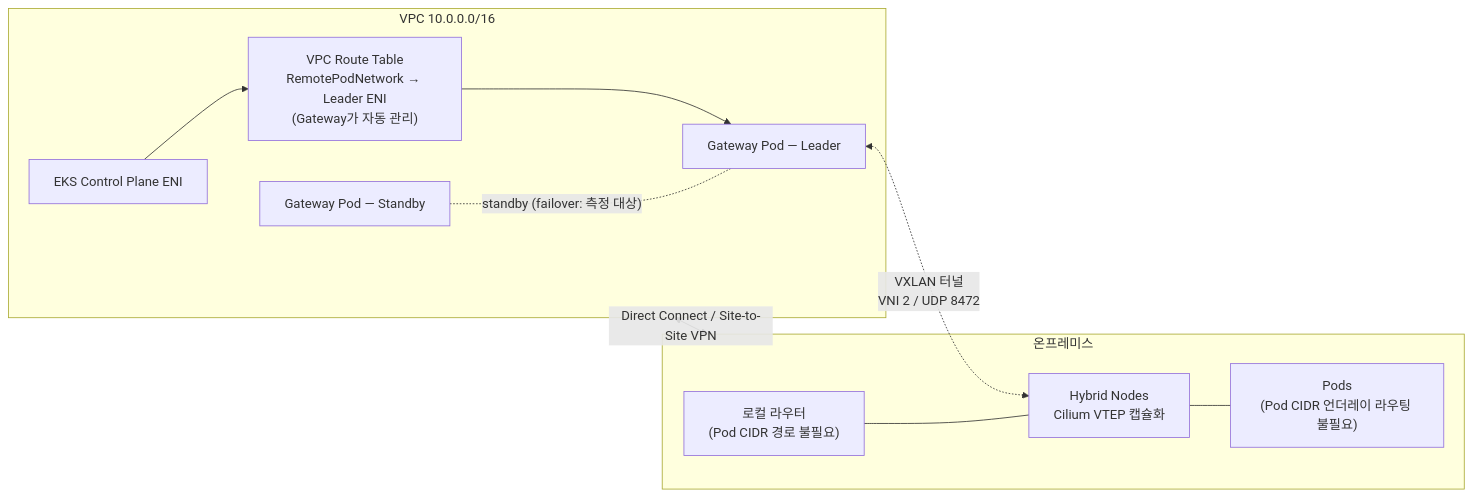
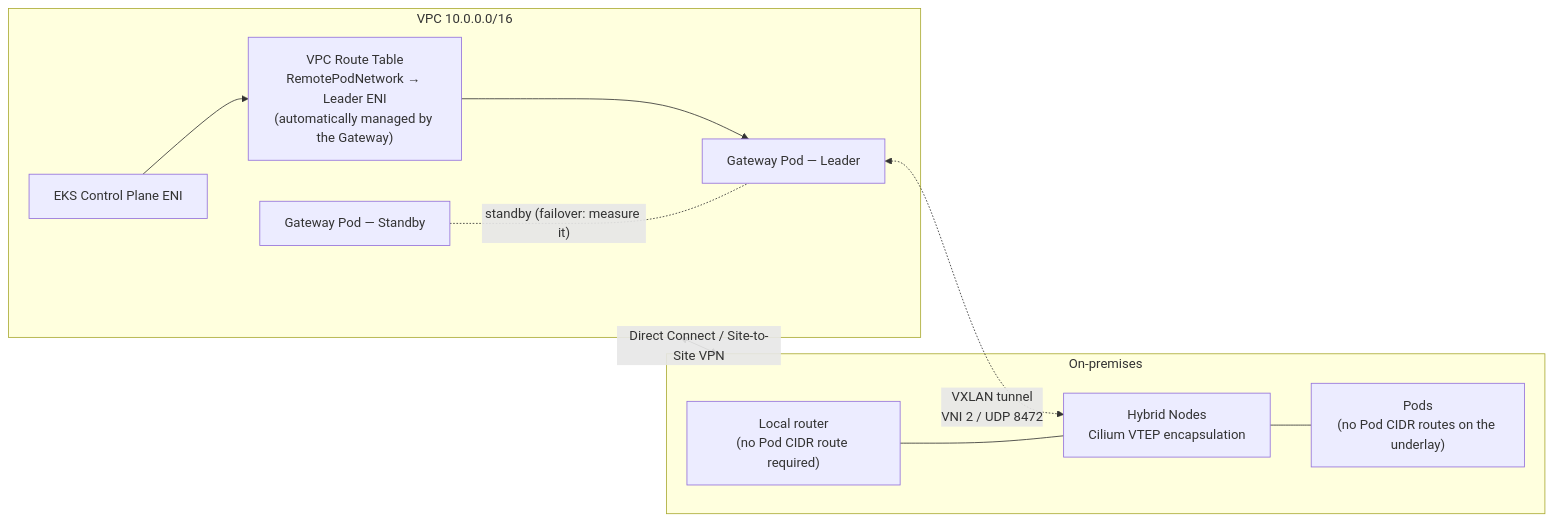
The first of 2 diagrams in docs/eks-hybrid-nodes/networking/hybrid-nodes-gateway.md (devfloor9/engineering-playbook), drawn with Mermaid before and after one commit. The commit also changed other lines of this file and 954 other files, not shown here.

````diff
--- a/docs/eks-hybrid-nodes/networking/hybrid-nodes-gateway.md
+++ b/docs/eks-hybrid-nodes/networking/hybrid-nodes-gateway.md
@@ -32,21 +32,21 @@
 ```mermaid
 flowchart LR
     subgraph VPC["VPC 10.0.0.0/16"]
         CP["EKS Control Plane ENI"]
-        RT["VPC Route Table<br/>RemotePodNetwork → Leader ENI<br/>(Gateway가 자동 관리)"]
+        RT["VPC Route Table<br/>RemotePodNetwork → Leader ENI<br/>(automatically managed by the Gateway)"]
         GW1["Gateway Pod — Leader"]
         GW2["Gateway Pod — Standby"]
     end
-    subgraph ONPREM["온프레미스"]
-        RTR["로컬 라우터<br/>(Pod CIDR 경로 불필요)"]
-        HN["Hybrid Nodes<br/>Cilium VTEP 캡슐화"]
-        POD["Pods<br/>(Pod CIDR 언더레이 라우팅 불필요)"]
+    subgraph ONPREM["On-premises"]
+        RTR["Local router<br/>(no Pod CIDR route required)"]
+        HN["Hybrid Nodes<br/>Cilium VTEP encapsulation"]
+        POD["Pods<br/>(no Pod CIDR routes on the underlay)"]
     end
     CP --> RT
     RT --> GW1
-    GW1 <-. "VXLAN 터널<br/>VNI 2 / UDP 8472" .-> HN
-    GW2 -. "standby (failover: 측정 대상)" .- GW1
+    GW1 <-. "VXLAN tunnel<br/>VNI 2 / UDP 8472" .-> HN
+    GW2 -. "standby (failover: measure it)" .- GW1
     VPC <--"Direct Connect / Site-to-Site VPN"--> ONPREM
     RTR --- HN
     HN --- POD
 ```
````
